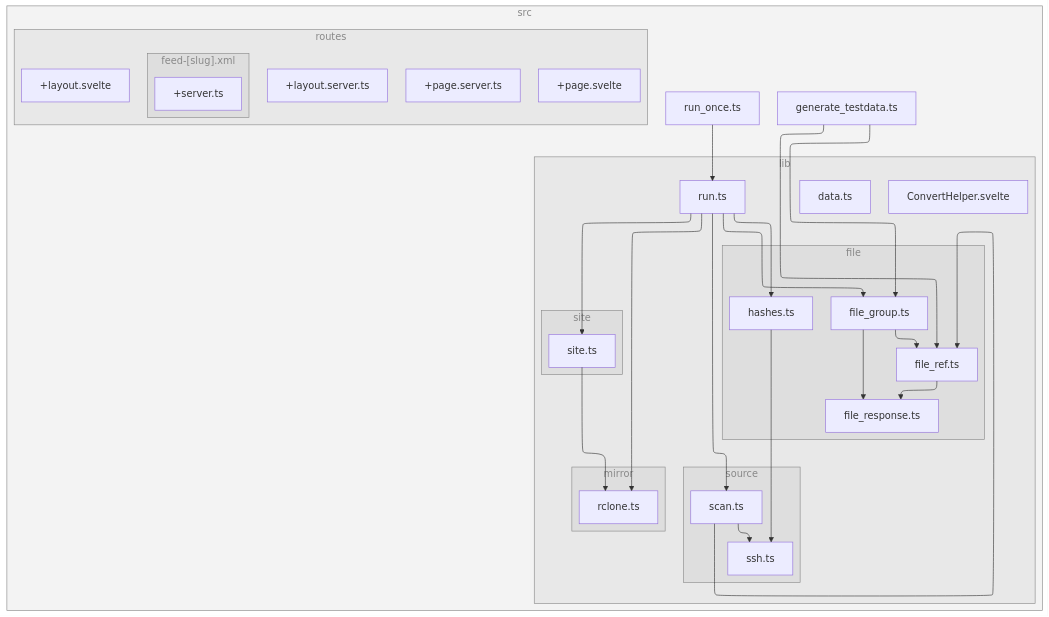
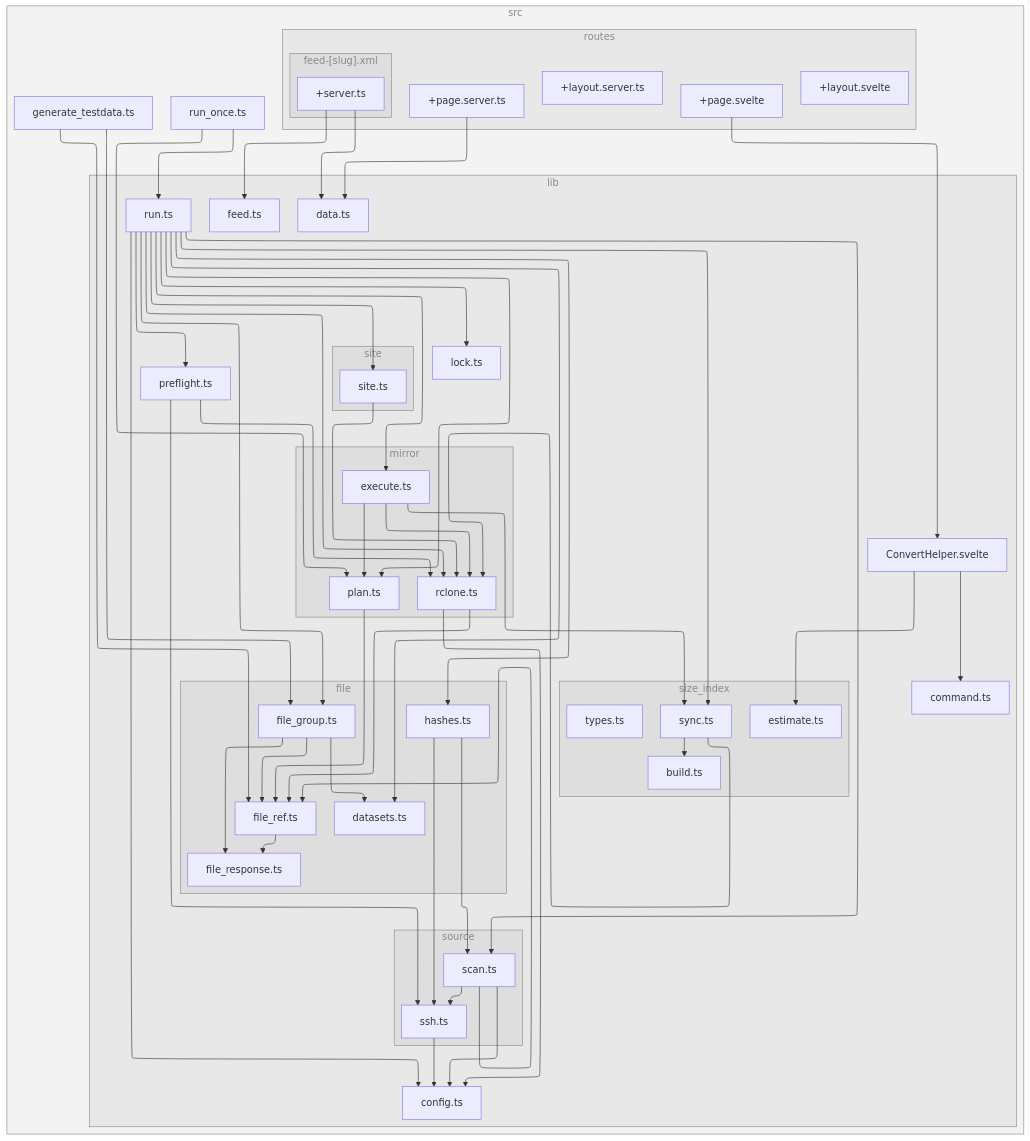
The diagram in README.md (versatiles-org/download.versatiles.org), drawn with Mermaid before and after one commit. The commit also changed other lines of this file, not shown here.

````diff
--- a/README.md
+++ b/README.md
@@ -257,51 +343,93 @@
 subgraph 2["lib"]
 subgraph 3["file"]
 4["file_group.ts"]
-5["file_ref.ts"]
-6["file_response.ts"]
-9["hashes.ts"]
+5["datasets.ts"]
+6["file_ref.ts"]
+7["file_response.ts"]
+F["hashes.ts"]
 end
-7["ConvertHelper.svelte"]
-8["data.ts"]
-subgraph A["source"]
-B["ssh.ts"]
+8["ConvertHelper.svelte"]
+9["command.ts"]
+subgraph A["size_index"]
+B["estimate.ts"]
+M["sync.ts"]
+O["build.ts"]
+U["types.ts"]
+end
+C["config.ts"]
+D["data.ts"]
+E["feed.ts"]
+subgraph G["source"]
 H["scan.ts"]
+I["ssh.ts"]
 end
-subgraph C["mirror"]
-D["rclone.ts"]
+J["lock.ts"]
+subgraph K["mirror"]
+L["execute.ts"]
+N["rclone.ts"]
+P["plan.ts"]
 end
-E["run.ts"]
-subgraph F["site"]
-G["site.ts"]
+Q["preflight.ts"]
+R["run.ts"]
+subgraph S["site"]
+T["site.ts"]
 end
 end
-subgraph I["routes"]
-J["+layout.server.ts"]
-K["+layout.svelte"]
-L["+page.server.ts"]
-M["+page.svelte"]
-subgraph N["feed-[slug].xml"]
-O["+server.ts"]
+subgraph V["routes"]
+W["+layout.server.ts"]
+X["+layout.svelte"]
+Y["+page.server.ts"]
+Z["+page.svelte"]
+subgraph 10["feed-[slug].xml"]
+11["+server.ts"]
 end
 end
-P["run_once.ts"]
+12["run_once.ts"]
 end
 1-->4
-1-->5
+1-->6
 4-->5
 4-->6
-5-->6
-9-->B
-E-->4
-E-->9
-E-->D
-E-->G
-E-->H
-G-->D
-H-->5
-H-->B
-P-->E
+4-->7
+6-->7
+8-->9
+8-->B
+F-->H
+F-->I
+H-->C
+H-->6
+H-->I
+I-->C
+L-->M
+L-->P
+L-->N
+M-->N
+M-->O
+N-->C
+N-->6
+P-->6
+Q-->N
+Q-->I
+R-->C
+R-->5
+R-->4
+R-->F
+R-->J
+R-->L
+R-->P
+R-->N
+R-->Q
+R-->T
+R-->M
+R-->H
+T-->N
+Y-->D
+Z-->8
+11-->D
+11-->E
+12-->P
+12-->R
 
-class 0,2,3,A,C,F,I,N subgraphs;
+class 0,2,3,A,G,K,S,V,10 subgraphs;
 classDef subgraphs fill-opacity:0.1, fill:#888, color:#888, stroke:#888;
 ```
````
